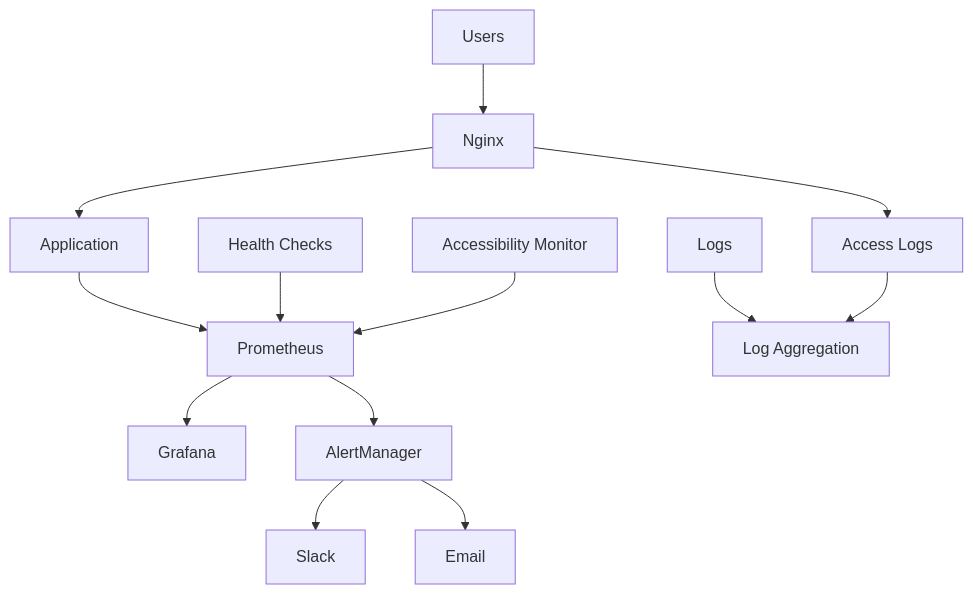
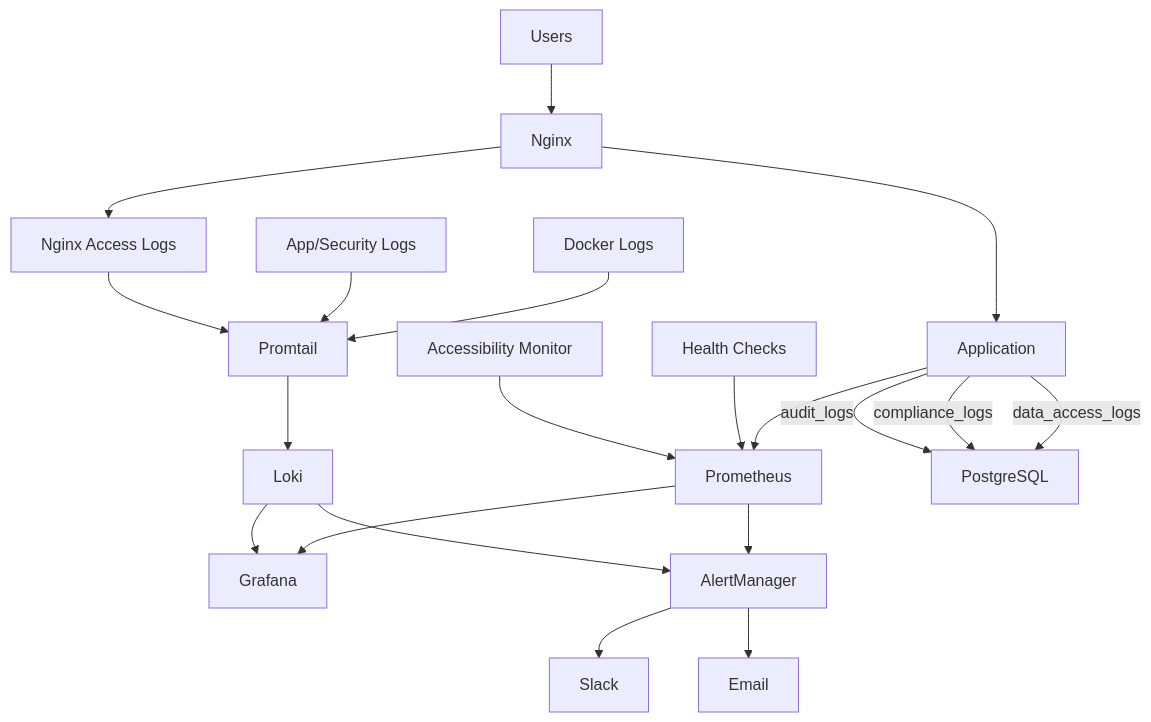
Before and after one commit to hayashi-mmg/helper_2: the diagram in docs/operations/monitoring-guide.md, drawn with Mermaid. The commit also changed other lines of this file and 62 other files, not shown here.

````diff
--- a/docs/operations/monitoring-guide.md
+++ b/docs/operations/monitoring-guide.md
@@ -9,17 +9,26 @@
 ```mermaid
 graph TB
     A[Application] --> B[Prometheus]
     B --> C[Grafana]
     B --> D[AlertManager]
     D --> E[Slack]
     D --> F[Email]
     
-    G[Logs] --> H[Log Aggregation]
+    G[Docker Logs] --> N[Promtail]
+    O[App/Security Logs] --> N
+    P[Nginx Access Logs] --> N
+    N --> Q[Loki]
+    Q --> C
+    Q --> D
+    
     I[Health Checks] --> B
     J[Accessibility Monitor] --> B
     
     K[Users] --> L[Nginx]
     L --> A
-    L --> M[Access Logs]
-    M --> H
+    L --> P
+
+    A -->|data_access_logs| R[PostgreSQL]
+    A -->|compliance_logs| R
+    A -->|audit_logs| R
 ```
````
